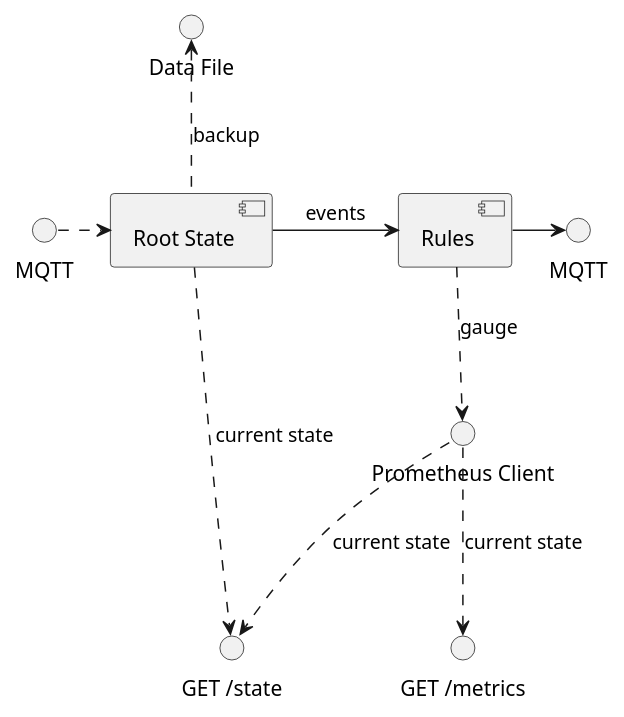
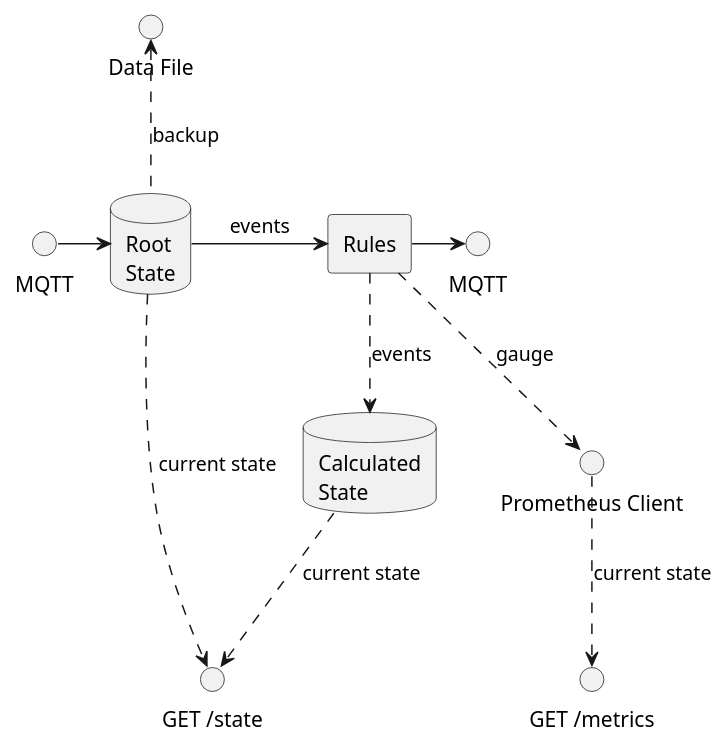
Before and after one commit to denwilliams/mqtt-state: the diagram in overview.plantuml, drawn with PlantUML. The commit also changed 1 other file, not shown here.

Commit message:
update diagram

```diff
--- a/overview.plantuml
+++ b/overview.plantuml
@@ -1,21 +1,23 @@
 @startuml
 
 interface "MQTT" as mqttin
 interface "MQTT" as mqttout
 interface "Data File" as file
 interface "Prometheus Client" as prom
 interface "GET /state" as getstate
 interface "GET /metrics" as getmetrics
-component [Root State] as root
-component [Rules] as rules
+database "Root\nState" as root
+agent "Rules" as rules
+database "Calculated\nState" as calculated
 
-mqttin .right.> root
+mqttin -> root
 root .up.> file: backup
 root -> rules: events
+rules .down.> calculated: events
 rules -> mqttout
 rules .down.> prom: gauge
 root .down.> getstate: current state
-prom .down.> getstate: current state
+calculated .down.> getstate: current state
 prom .down.> getmetrics: current state
 
 @enduml
```
